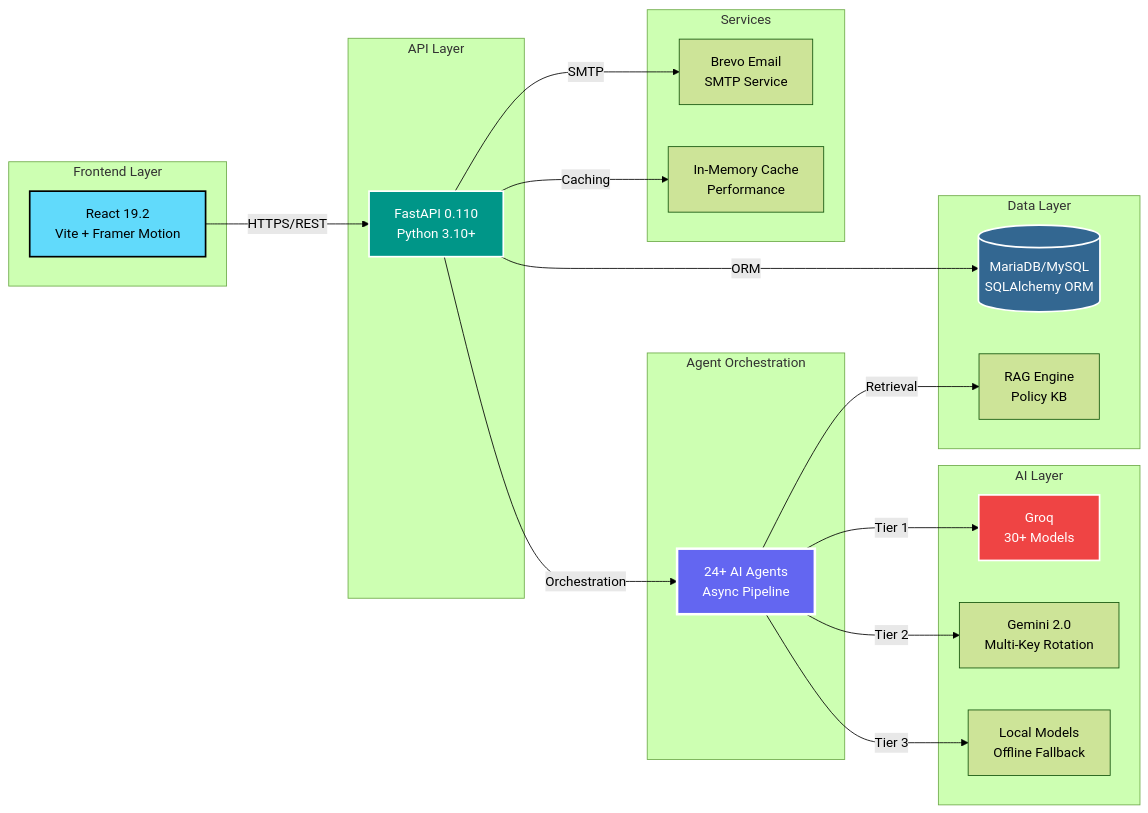
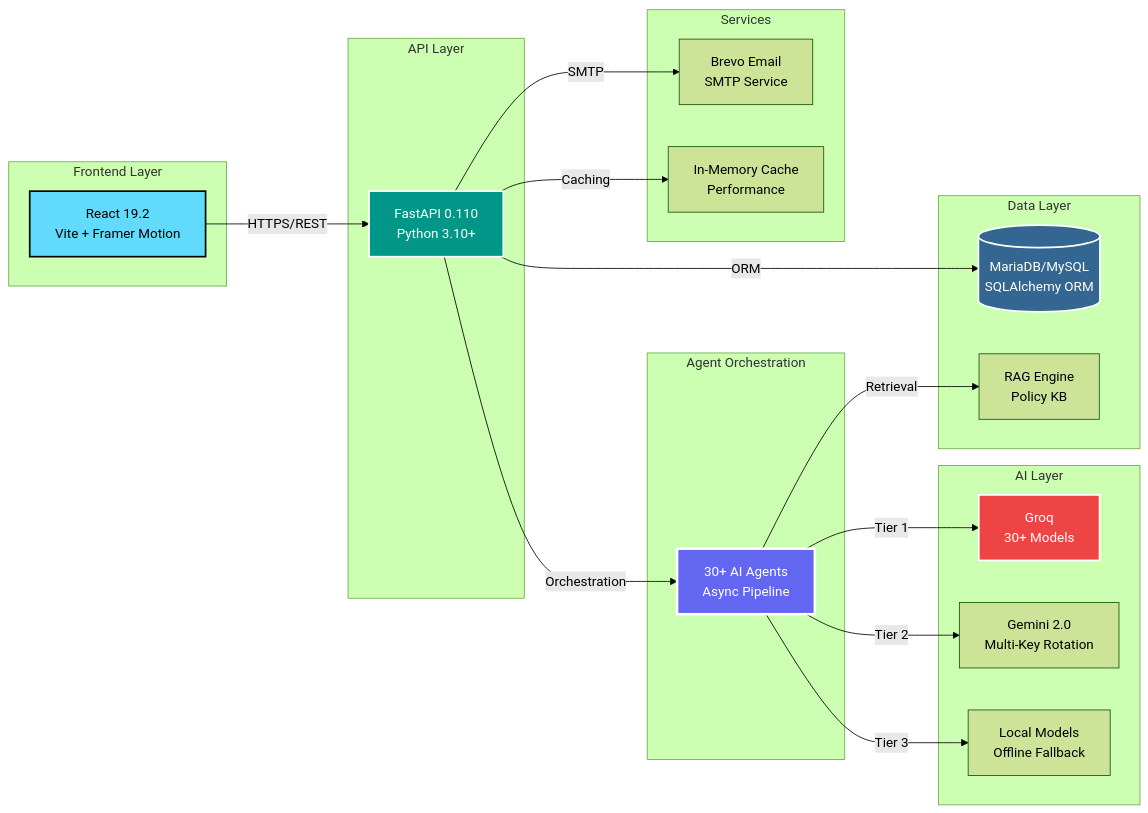
The third of 6 diagrams in README.md (RiteshKumar2e/customer-complaint-agent_new), drawn with Mermaid (forest theme) before and after one commit. The commit also changed other lines of this file, not shown here.

````diff
--- a/README.md
+++ b/README.md
@@ -297,46 +297,46 @@
 ```mermaid
 graph LR
     subgraph "Frontend Layer"
         A[React 19.2<br/>Vite + Framer Motion]
     end
     
     subgraph "API Layer"
         B[FastAPI 0.110<br/>Python 3.10+]
     end
     
     subgraph "AI Layer"
         C1[Groq<br/>30+ Models]
         C2[Gemini 2.0<br/>Multi-Key Rotation]
         C3[Local Models<br/>Offline Fallback]
     end
     
     subgraph "Agent Orchestration"
-        D[24+ AI Agents<br/>Async Pipeline]
+        D[30+ AI Agents<br/>Async Pipeline]
     end
     
     subgraph "Data Layer"
         E[(MariaDB/MySQL<br/>SQLAlchemy ORM)]
         F[RAG Engine<br/>Policy KB]
     end
     
     subgraph "Services"
         G[Brevo Email<br/>SMTP Service]
         H[In-Memory Cache<br/>Performance]
     end
     
     A -->|HTTPS/REST| B
     B -->|Orchestration| D
     D -->|Tier 1| C1
     D -->|Tier 2| C2
     D -->|Tier 3| C3
     B -->|ORM| E
     D -->|Retrieval| F
     B -->|SMTP| G
     B -->|Caching| H
     
     style A fill:#61dafb,stroke:#000,stroke-width:2px,color:#000
     style B fill:#009688,stroke:#fff,stroke-width:2px,color:#fff
     style D fill:#6366f1,stroke:#fff,stroke-width:3px,color:#fff
     style C1 fill:#ef4444,stroke:#fff,stroke-width:2px,color:#fff
     style E fill:#336791,stroke:#fff,stroke-width:2px,color:#fff
 ```
````
